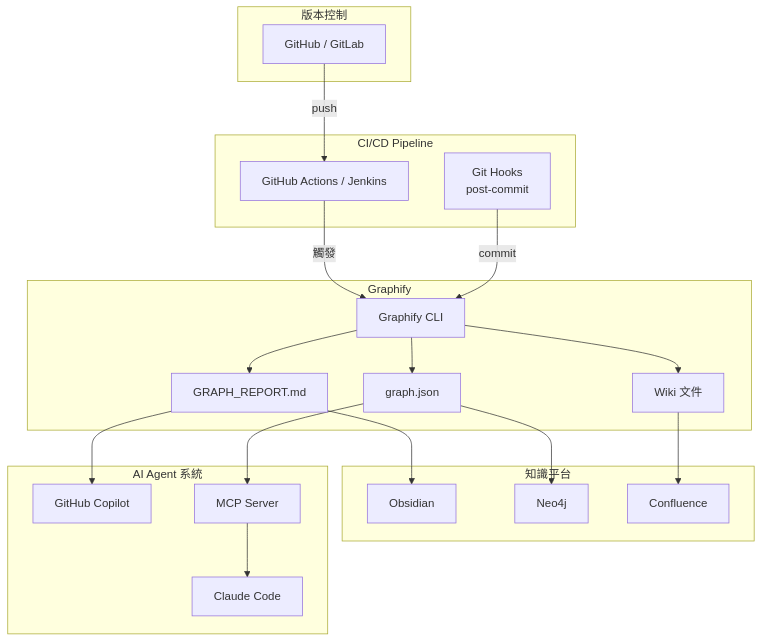
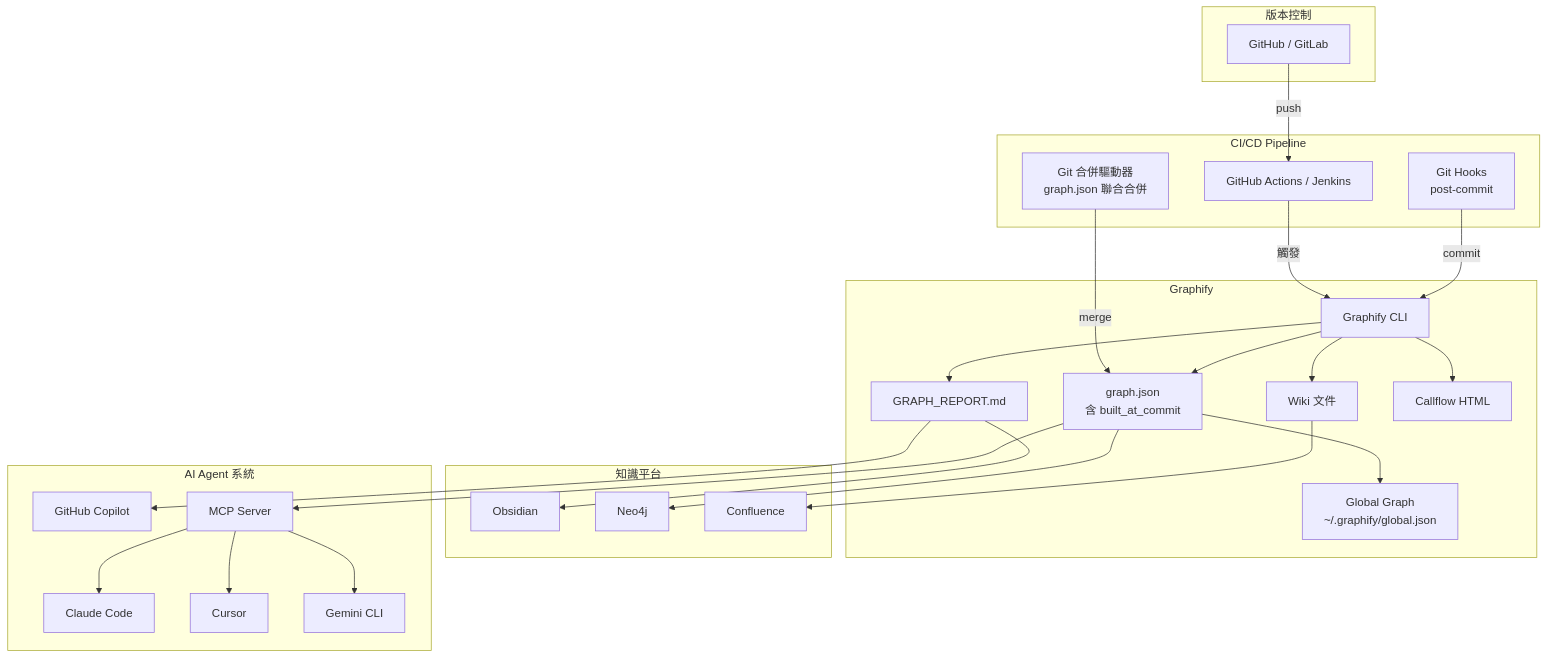
One commit to chihhung/Blog changed the eighth of 14 diagrams in content/posts/教學/AI開發/Graphify教學手冊.md. Above: the diagram before and after it, drawn with Mermaid. The commit also changed other lines of this file and 5 other files, not shown here.

````diff
--- a/content/posts/教學/AI開發/Graphify教學手冊.md
+++ b/content/posts/教學/AI開發/Graphify教學手冊.md
@@ -409,43 +579,53 @@
 ```mermaid
 graph TB
     subgraph "版本控制"
         GH[GitHub / GitLab]
     end
 
     subgraph "CI/CD Pipeline"
         CI[GitHub Actions / Jenkins]
         HOOK[Git Hooks<br>post-commit]
+        MERGE[Git 合併驅動器<br>graph.json 聯合合併]
     end
 
     subgraph "Graphify"
         GF[Graphify CLI]
-        GR[graph.json]
+        GR[graph.json<br>含 built_at_commit]
         REP[GRAPH_REPORT.md]
         WIKI_OUT[Wiki 文件]
+        CF[Callflow HTML]
+        GLB[Global Graph<br>~/.graphify/global.json]
     end
 
     subgraph "知識平台"
         OBS[Obsidian]
         NEO[Neo4j]
         CONF[Confluence]
     end
 
     subgraph "AI Agent 系統"
         CLAUDE[Claude Code]
         COPILOT[GitHub Copilot]
+        CURSOR[Cursor]
+        GEMINI[Gemini CLI]
         MCP_S[MCP Server]
     end
 
     GH -->|push| CI
     CI -->|觸發| GF
     HOOK -->|commit| GF
+    MERGE -->|merge| GR
     GF --> GR
     GF --> REP
     GF --> WIKI_OUT
+    GF --> CF
     GR --> MCP_S
     GR --> NEO
+    GR --> GLB
     REP --> OBS
     WIKI_OUT --> CONF
     MCP_S --> CLAUDE
+    MCP_S --> CURSOR
+    MCP_S --> GEMINI
     REP --> COPILOT
 ```
````
